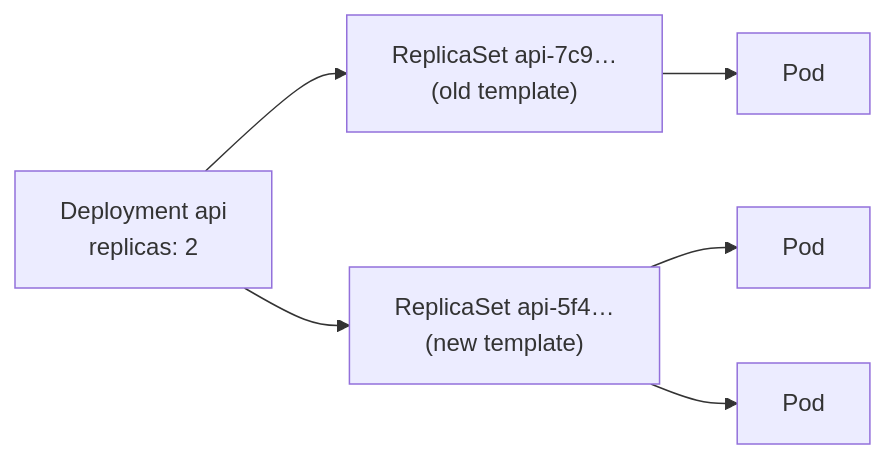
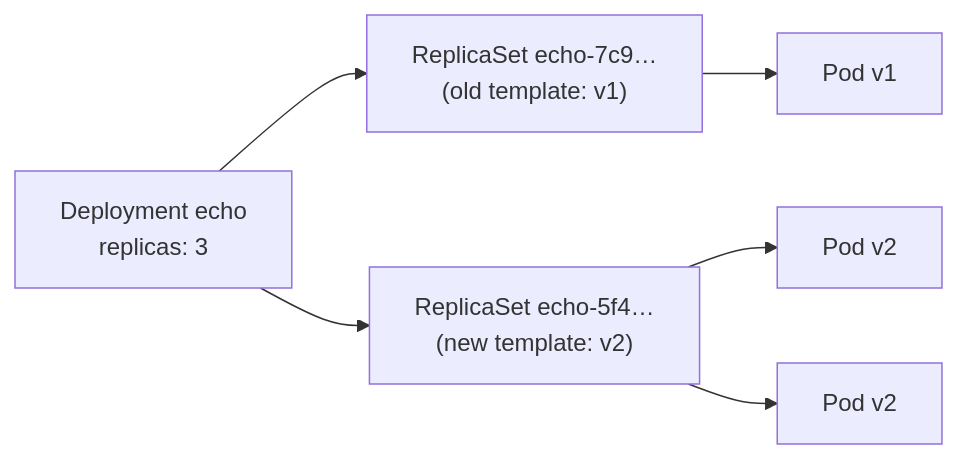
Before and after one commit to jawwadzafar/zero-to-prod: the second of 2 diagrams in docs/kubernetes/core-objects.mdx, drawn with Mermaid. The commit also changed other lines of this file and 1 other file, not shown here.

First line of the commit message:
docs: 10.1 and 10.2 teach Kubernetes on a tiny http-echo web server first, then apply it to snip

````diff
--- a/docs/kubernetes/core-objects.mdx
+++ b/docs/kubernetes/core-objects.mdx
@@ -108,8 +148,8 @@
 ```mermaid
 flowchart LR
-  D["Deployment api<br/>replicas: 2"] --> RS1["ReplicaSet api-7c9…<br/>(old template)"]
-  D --> RS2["ReplicaSet api-5f4…<br/>(new template)"]
-  RS1 --> P1["Pod"]
-  RS2 --> P2["Pod"]
-  RS2 --> P3["Pod"]
+  D["Deployment echo<br/>replicas: 3"] --> RS1["ReplicaSet echo-7c9…<br/>(old template: v1)"]
+  D --> RS2["ReplicaSet echo-5f4…<br/>(new template: v2)"]
+  RS1 --> P1["Pod v1"]
+  RS2 --> P2["Pod v2"]
+  RS2 --> P3["Pod v2"]
 ```
````
